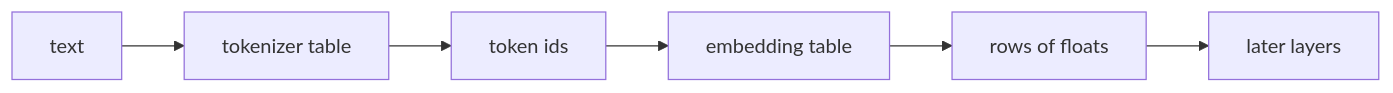
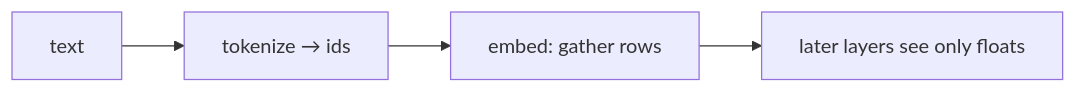
Before and after one commit to chaxus/arche: the diagram in web/src/content/beginner/en/embedding.md, drawn with Mermaid. The commit also changed other lines of this file and 3 other files, not shown here.

````diff
--- a/web/src/content/beginner/en/embedding.md
+++ b/web/src/content/beginner/en/embedding.md
@@ -29,8 +19,6 @@
 ```mermaid
 flowchart LR
-  text[text] --> tok[tokenizer table]
-  tok --> ids[token ids]
-  ids --> emb[embedding table]
-  emb --> vecs[rows of floats]
-  vecs --> rest[later layers]
+  text[text] --> tok[tokenize → ids]
+  tok --> emb[embed: gather rows]
+  emb --> rest[later layers see only floats]
 ```
````
